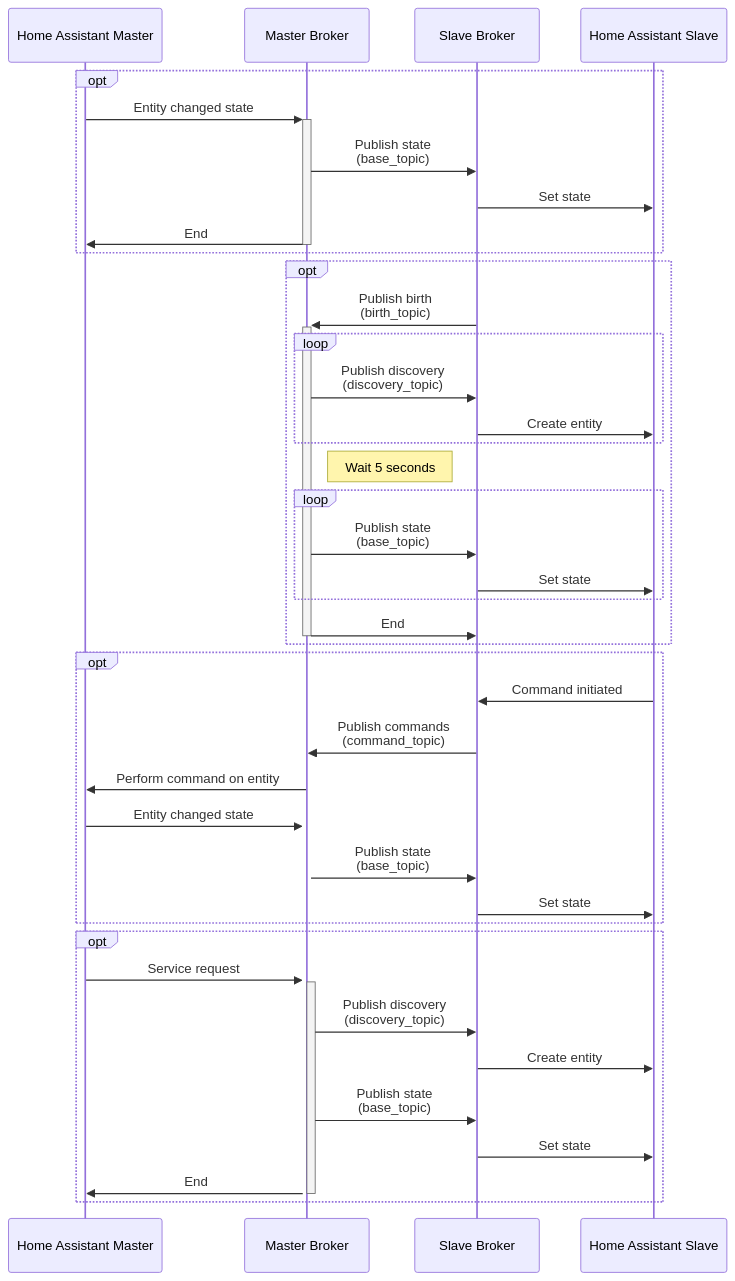
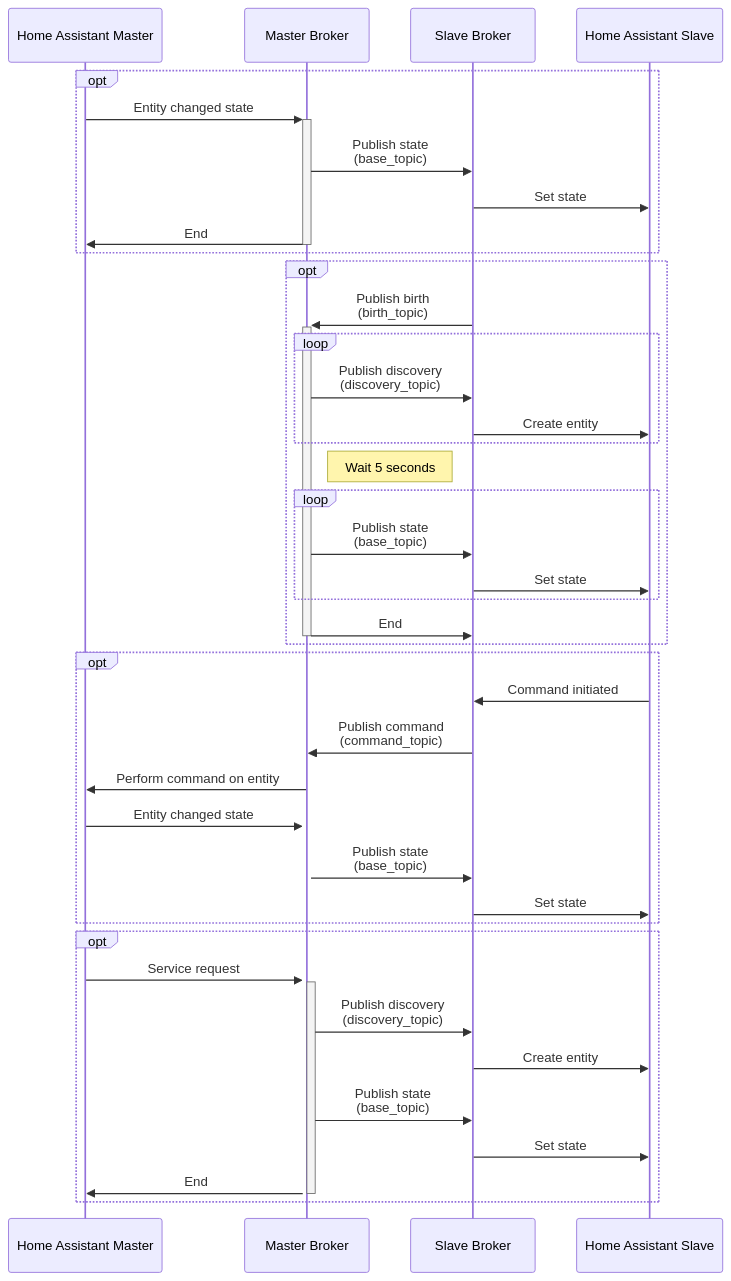
The second of 2 diagrams in README.md (RogerSelwyn/mqtt_discoverystream_ha), drawn with Mermaid before and after one commit.

````diff
--- a/README.md
+++ b/README.md
@@ -124,44 +124,44 @@
 ```mermaid
 sequenceDiagram
 participant H as Home Assistant Master
 participant M as Master Broker
 participant S as Slave Broker
 participant R as Home Assistant Slave
 opt
   H->>+M: Entity changed state
   M->>S: Publish state<br/>(base_topic)
   S->>R: Set state
   M->>-H: End
 end
 
 opt
   S->>+M: Publish birth<br/>(birth_topic)
   loop 
     M->>S: Publish discovery<br/>(discovery_topic)
     S->>R: Create entity
   end
 note right of M: Wait 5 seconds
   loop 
     M->>S: Publish state<br/>(base_topic)
     S->>R: Set state
   end
   M->>-S: End
 end
 opt
   R->>S: Command initiated
-  S->>M: Publish commands<br/>(command_topic)
+  S->>M: Publish command<br/>(command_topic)
   M->>H: Perform command on entity
   H->>+M: Entity changed state
   M->>S: Publish state<br/>(base_topic)
   S->>R: Set state
 end
 
 opt
   H->>+M: Service request
   M->>S: Publish discovery<br/>(discovery_topic)
   S->>R: Create entity
   M->>S: Publish state<br/>(base_topic)
   S->>R: Set state
   M->>-H: End
 end
 ```
````
